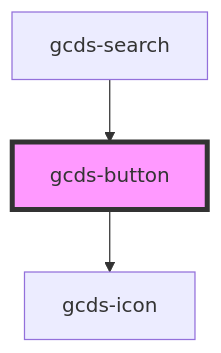
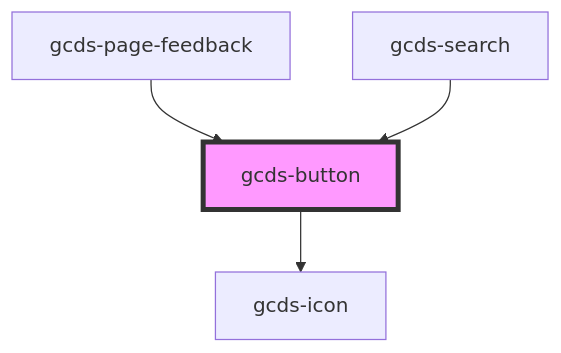
The diagram in packages/web/src/components/gcds-button/readme.md (cds-snc/gcds-components), drawn with Mermaid before and after one commit. The commit also changed other lines of this file and 23 other files, not shown here.

Commit message:
feat: gcds-page-feedback - Initial commit

````diff
--- a/packages/web/src/components/gcds-button/readme.md
+++ b/packages/web/src/components/gcds-button/readme.md
@@ -43,6 +44,7 @@
 ```mermaid
 graph TD;
   gcds-button --> gcds-icon
+  gcds-page-feedback --> gcds-button
   gcds-search --> gcds-button
   style gcds-button fill:#f9f,stroke:#333,stroke-width:4px
 ```
````
